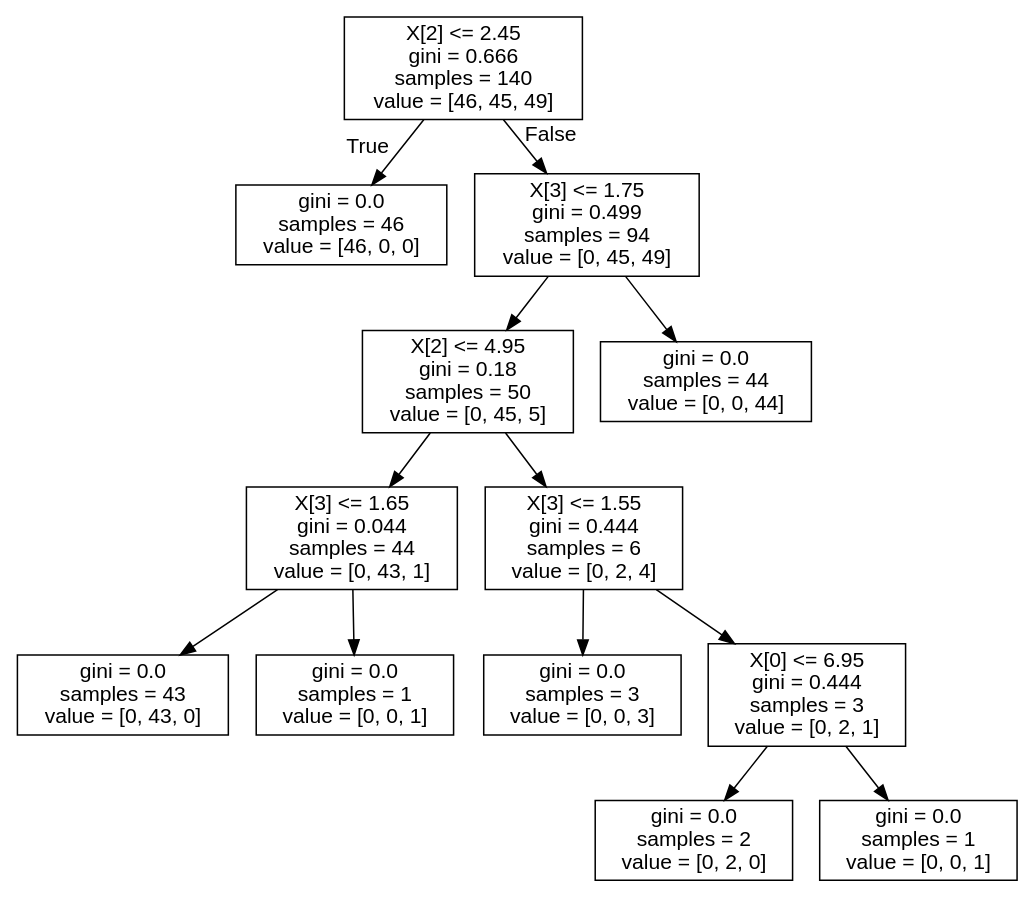
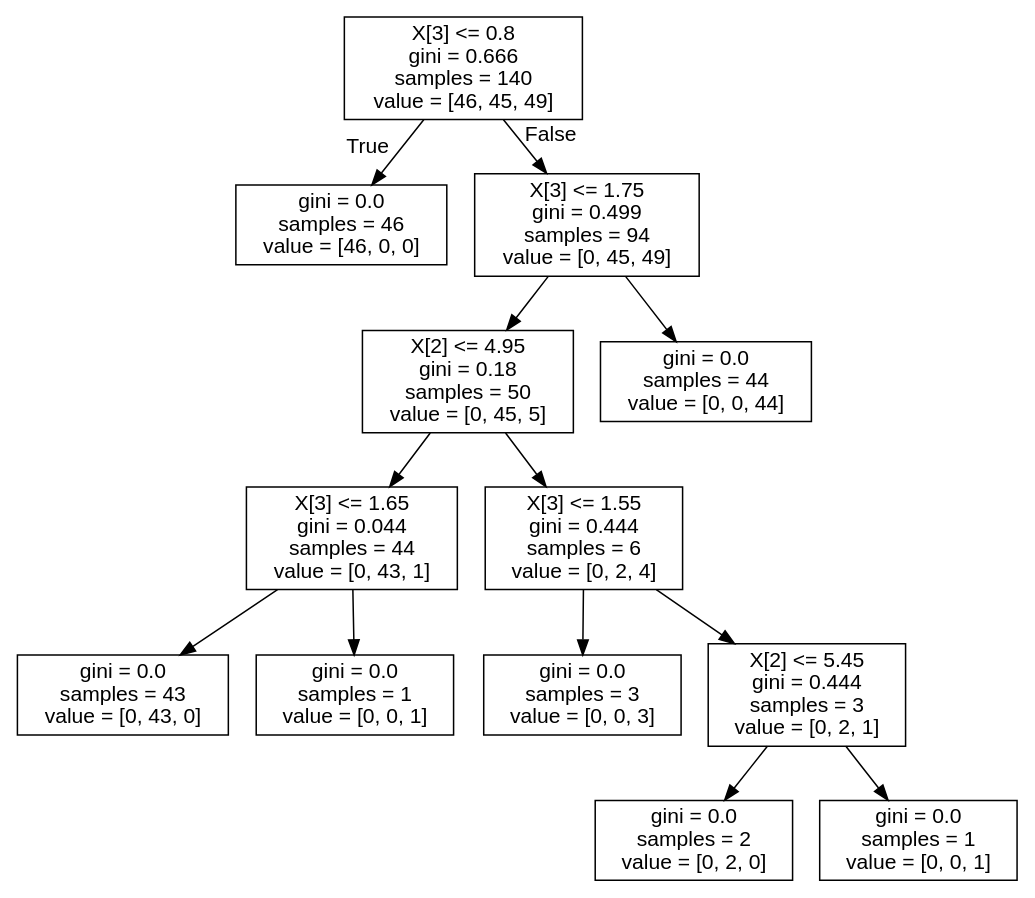
One commit to kaleoyster/decision-tree-viz changed the diagram in src/tree.dot. Above: the diagram before and after it, drawn with Graphviz. The commit also changed 5 other files, not shown here.

```diff
--- a/src/tree.dot
+++ b/src/tree.dot
@@ -1,29 +1,29 @@
 digraph Tree {
 node [shape=box, fontname="helvetica"] ;
 edge [fontname="helvetica"] ;
-0 [label="X[2] <= 2.45\ngini = 0.666\nsamples = 140\nvalue = [46, 45, 49]"] ;
+0 [label="X[3] <= 0.8\ngini = 0.666\nsamples = 140\nvalue = [46, 45, 49]"] ;
 1 [label="gini = 0.0\nsamples = 46\nvalue = [46, 0, 0]"] ;
 0 -> 1 [labeldistance=2.5, labelangle=45, headlabel="True"] ;
 2 [label="X[3] <= 1.75\ngini = 0.499\nsamples = 94\nvalue = [0, 45, 49]"] ;
 0 -> 2 [labeldistance=2.5, labelangle=-45, headlabel="False"] ;
 3 [label="X[2] <= 4.95\ngini = 0.18\nsamples = 50\nvalue = [0, 45, 5]"] ;
 2 -> 3 ;
 4 [label="X[3] <= 1.65\ngini = 0.044\nsamples = 44\nvalue = [0, 43, 1]"] ;
 3 -> 4 ;
 5 [label="gini = 0.0\nsamples = 43\nvalue = [0, 43, 0]"] ;
 4 -> 5 ;
 6 [label="gini = 0.0\nsamples = 1\nvalue = [0, 0, 1]"] ;
 4 -> 6 ;
 7 [label="X[3] <= 1.55\ngini = 0.444\nsamples = 6\nvalue = [0, 2, 4]"] ;
 3 -> 7 ;
 8 [label="gini = 0.0\nsamples = 3\nvalue = [0, 0, 3]"] ;
 7 -> 8 ;
-9 [label="X[0] <= 6.95\ngini = 0.444\nsamples = 3\nvalue = [0, 2, 1]"] ;
+9 [label="X[2] <= 5.45\ngini = 0.444\nsamples = 3\nvalue = [0, 2, 1]"] ;
 7 -> 9 ;
 10 [label="gini = 0.0\nsamples = 2\nvalue = [0, 2, 0]"] ;
 9 -> 10 ;
 11 [label="gini = 0.0\nsamples = 1\nvalue = [0, 0, 1]"] ;
 9 -> 11 ;
 12 [label="gini = 0.0\nsamples = 44\nvalue = [0, 0, 44]"] ;
 2 -> 12 ;
 }
```
